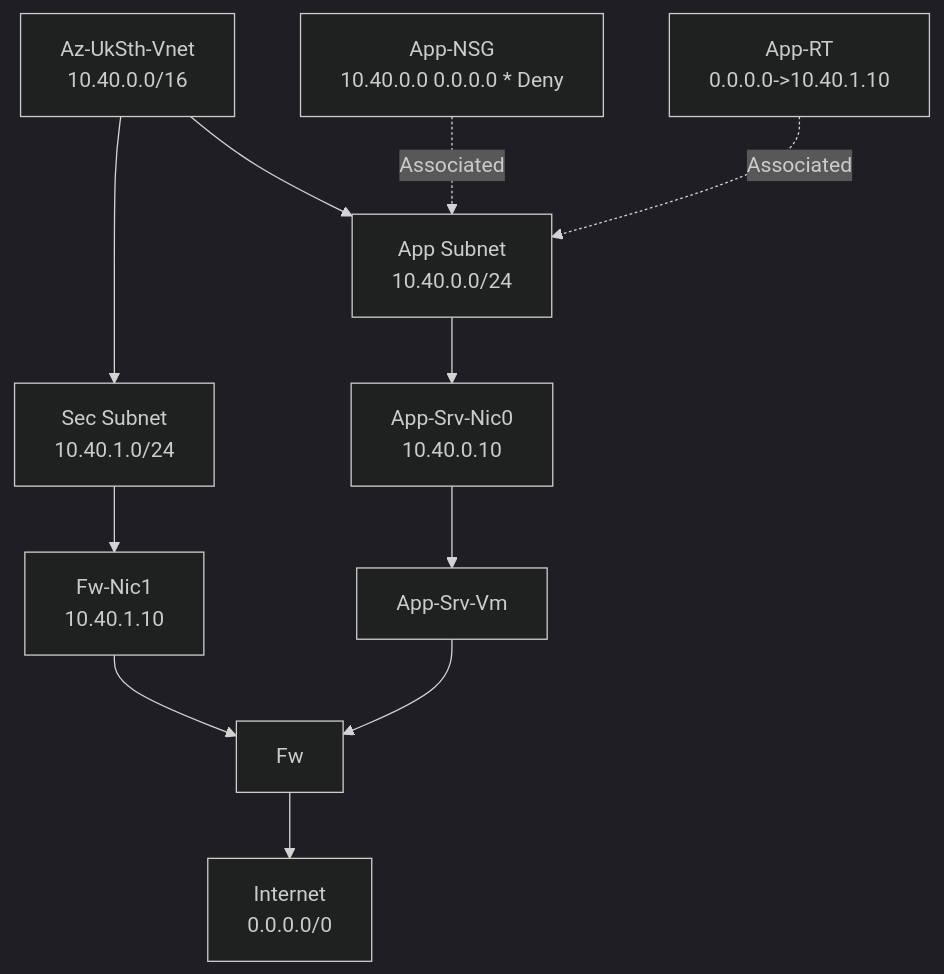
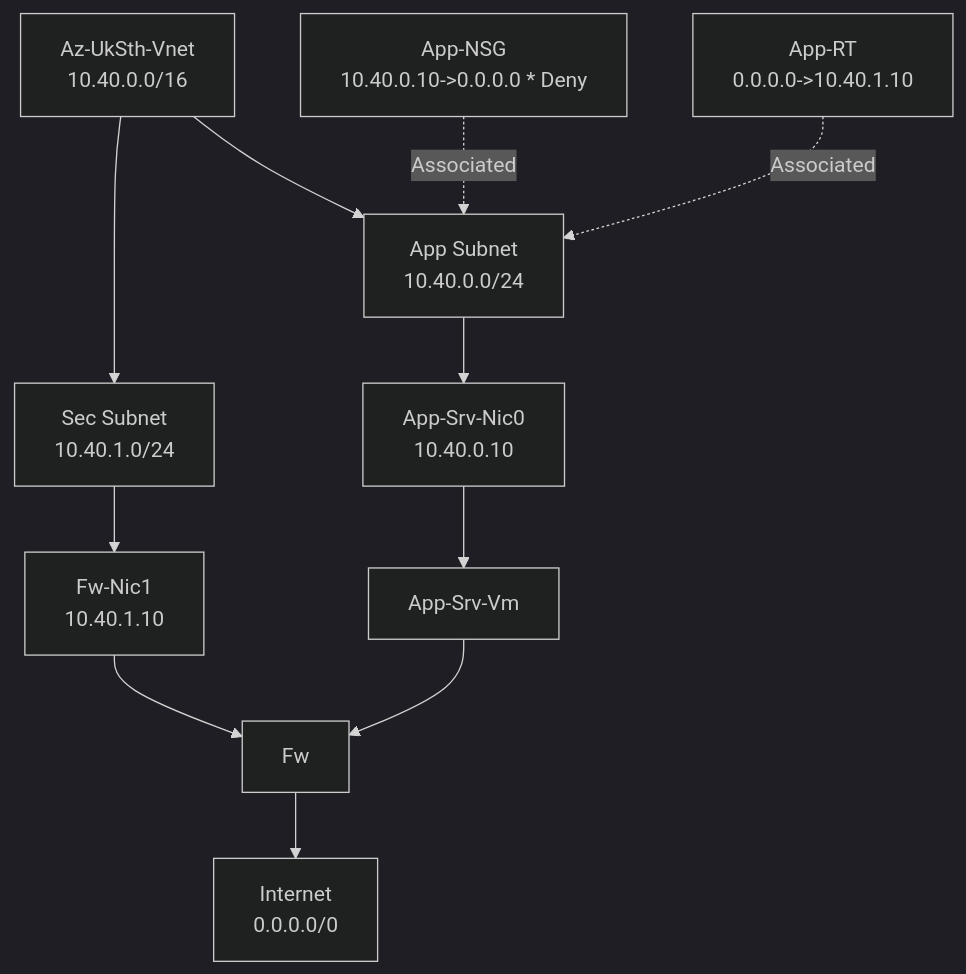
Before and after one commit to hasanfarag199/AZ-700-Azure_Network_Associate: the diagram in README.md, drawn with Mermaid (dark theme). The commit also changed other lines of this file, not shown here.

Commit message:
Update README for route table and NSG details
Clarified the description of the route table and updated the NSG address range in the diagram.

````diff
--- a/README.md
+++ b/README.md
@@ -5,33 +5,33 @@
 ```mermaid
 graph TD
     VNET["Az-UkSth-Vnet<br/>10.40.0.0/16"]
 
     APP["App Subnet<br/>10.40.0.0/24"]
     SEC["Sec Subnet<br/>10.40.1.0/24"]
 
-    NSG["App-NSG <br/>10.40.0.0 0.0.0.0 * Deny"]
+    NSG["App-NSG <br/>10.40.0.10->0.0.0.0 * Deny"]
     RT["App-RT <br/> 0.0.0.0->10.40.1.10"]
     
     NIC1["App-Srv-Nic0<br/>10.40.0.10"]
     VM1["App-Srv-Vm"]
 
     NIC2["Fw-Nic1<br/>10.40.1.10"]
     FW["Fw"]
 
 
     VNET --> APP
     VNET --> SEC
 
     NSG -. Associated .-> APP
     RT -. Associated .-> APP
 
     APP --> NIC1
     NIC1 --> VM1
 
     SEC --> NIC2
     NIC2 --> FW
 
     NET["Internet<br/>0.0.0.0/0"]
     VM1 --> FW
     FW --> NET
 ```
````
